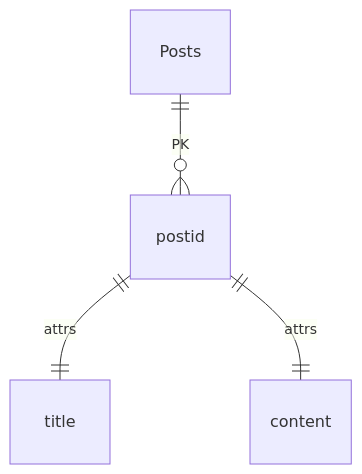
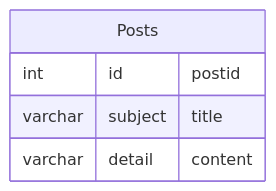
Before and after one commit to tootoyproject/Backend: the diagram in Readme.md, drawn with Mermaid.

````diff
--- a/Readme.md
+++ b/Readme.md
@@ -4,7 +4,9 @@
 ```mermaid
 erDiagram
-    Posts ||--o{ postid : PK
-    postid ||--|| title : attrs
-    postid ||--|| content : attrs
+    Posts {
+        int id  "postid"
+        varchar subject "title"
+        varchar detail "content"
+    }
 
 ```
````
